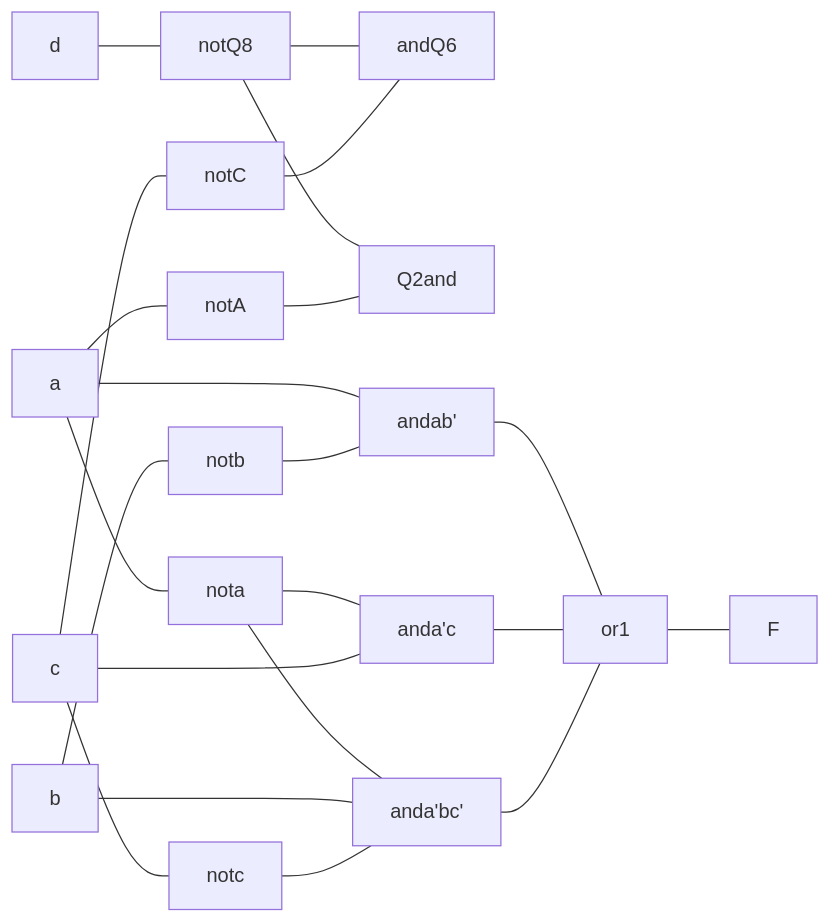
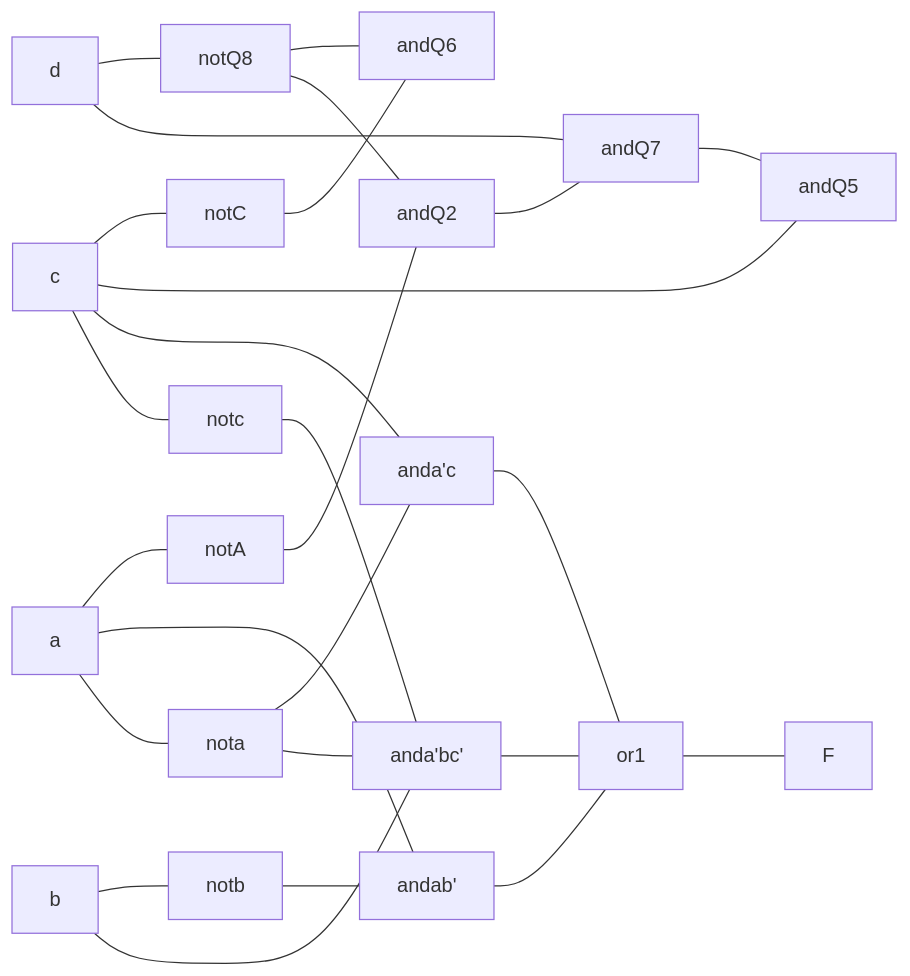
One commit to tnichols217/notes changed the first of 2 diagrams in CSDS 281 - Logic Design/HW/3/Tables.md. Above: the diagram before and after it, drawn with Mermaid.

Commit message:
vault backup: 2024-02-14 19:18:21

````diff
--- a/CSDS 281 - Logic Design/HW/3/Tables.md
+++ b/CSDS 281 - Logic Design/HW/3/Tables.md
@@ -2,28 +2,34 @@
 ```mermaid
 flowchart LR
 
 d --- notQ8
 
 c --- notC
 
 notQ8 & notC --- andQ6
 
 a --- notA
 
-notQ8 & notA --- Q2and
+notQ8 & notA --- andQ2
+
+d & andQ2 --- andQ7
+
+c & andQ7 --- andQ5
+
+
 
 
 
 b --- notb
 a & notb --- andab'
 
 a --- nota
 nota & c --- anda'c
 
 c --- notc
 nota & b & notc --- anda'bc'
 
 andab' & anda'c & anda'bc' --- or1
 
 or1 --- F
 ```
````
